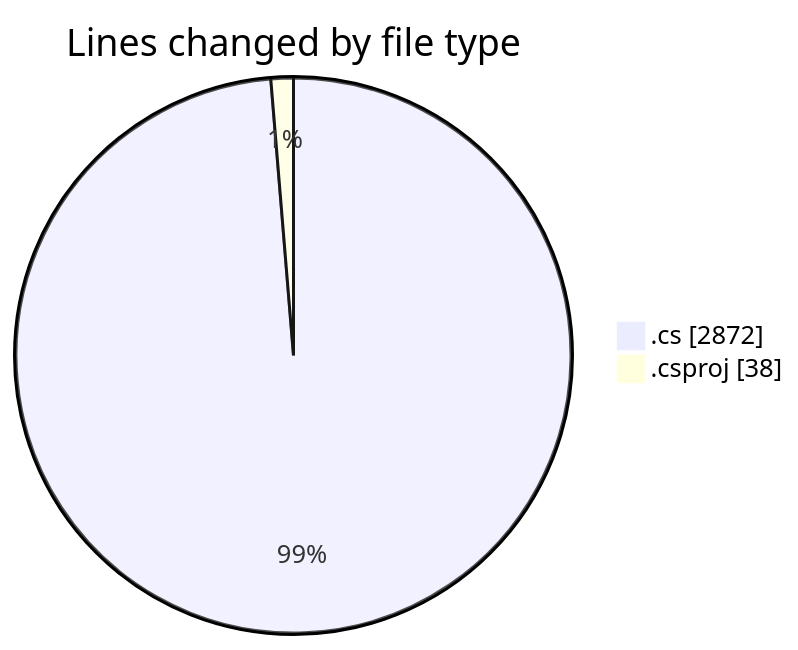
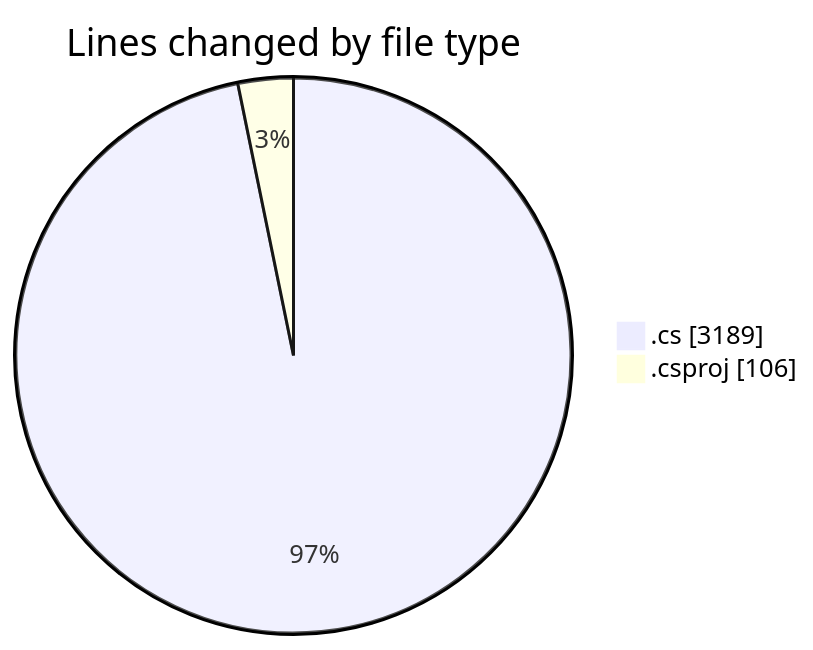
Before and after one commit to Netris89/code-tracking: the first of 2 diagrams in 2025-04-02/back-end/README.md, drawn with Mermaid. The commit also changed other lines of this file and 1 other file, not shown here.

````diff
--- a/2025-04-02/back-end/README.md
+++ b/2025-04-02/back-end/README.md
@@ -32,6 +33,6 @@
 ```mermaid
 pie showData
 title Lines changed by file type
-".cs" : 2872
-".csproj" : 38
+".cs" : 3189
+".csproj" : 106
 ```
````
